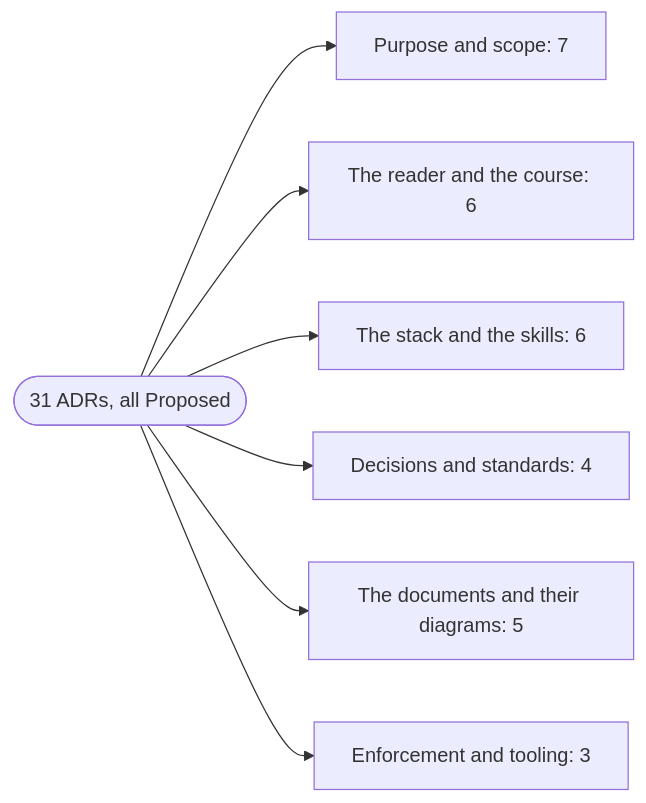
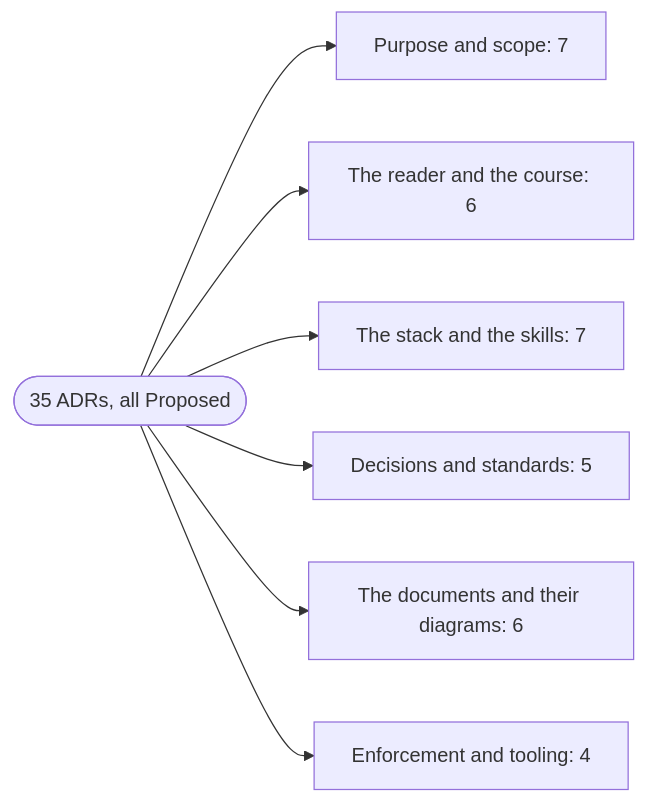
One commit to chandanbsd/baseline-framework changed the fourth of 4 diagrams in docs/architecture/08-cross-cutting.md. Above: the diagram before and after it, drawn with Mermaid. The commit also changed other lines of this file and 31 other files, not shown here.

````diff
--- a/docs/architecture/08-cross-cutting.md
+++ b/docs/architecture/08-cross-cutting.md
@@ -169,10 +169,10 @@
 ```mermaid
 flowchart LR
-    ADR(["31 ADRs, all Proposed"])
+    ADR(["35 ADRs, all Proposed"])
     ADR --> A1["Purpose and scope: 7"]
     ADR --> A2["The reader and the course: 6"]
-    ADR --> A3["The stack and the skills: 6"]
-    ADR --> A4["Decisions and standards: 4"]
-    ADR --> A5["The documents and their diagrams: 5"]
-    ADR --> A6["Enforcement and tooling: 3"]
+    ADR --> A3["The stack and the skills: 7"]
+    ADR --> A4["Decisions and standards: 5"]
+    ADR --> A5["The documents and their diagrams: 6"]
+    ADR --> A6["Enforcement and tooling: 4"]
 ```
````
